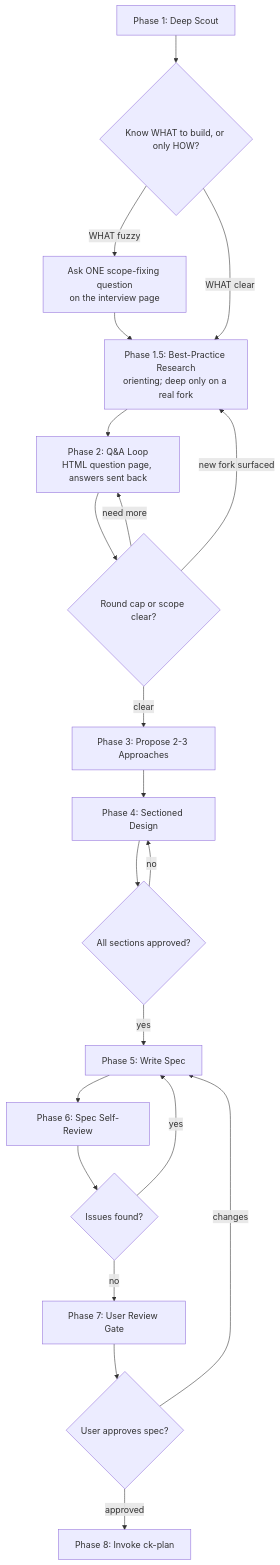
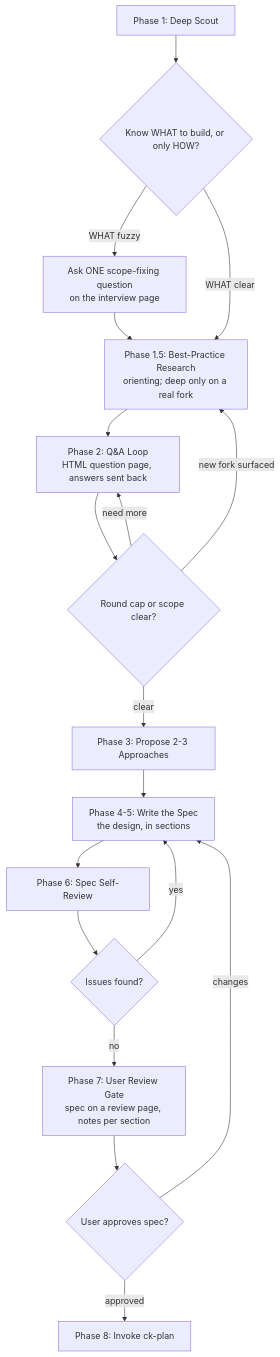
One commit to dphong1995/skills changed the diagram in skills/brainstorm-pro/SKILL.md. Above: the diagram before and after it, drawn with Mermaid. The commit also changed other lines of this file and 13 other files, not shown here.

````diff
--- a/skills/brainstorm-pro/SKILL.md
+++ b/skills/brainstorm-pro/SKILL.md
@@ -60,22 +61,19 @@
 ```mermaid
 flowchart TD
     A[Phase 1: Deep Scout] --> W{Know WHAT to build, or only HOW?}
     W -->|WHAT fuzzy| Q0[Ask ONE scope-fixing question<br/>on the interview page] --> R
     W -->|WHAT clear| R[Phase 1.5: Best-Practice Research<br/>orienting; deep only on a real fork]
     R --> B[Phase 2: Q&A Loop<br/>HTML question page, answers sent back]
     B --> C{Round cap or scope clear?}
     C -->|need more| B
     C -->|new fork surfaced| R
     C -->|clear| D[Phase 3: Propose 2-3 Approaches]
-    D --> E[Phase 4: Sectioned Design]
-    E --> F{All sections approved?}
-    F -->|no| E
-    F -->|yes| G[Phase 5: Write Spec]
+    D --> G[Phase 4-5: Write the Spec<br/>the design, in sections]
     G --> H[Phase 6: Spec Self-Review]
     H --> I{Issues found?}
     I -->|yes| G
-    I -->|no| J[Phase 7: User Review Gate]
+    I -->|no| J[Phase 7: User Review Gate<br/>spec on a review page, notes per section]
     J --> K{User approves spec?}
     K -->|changes| G
     K -->|approved| L[Phase 8: Invoke ck-plan]
 ```
````
